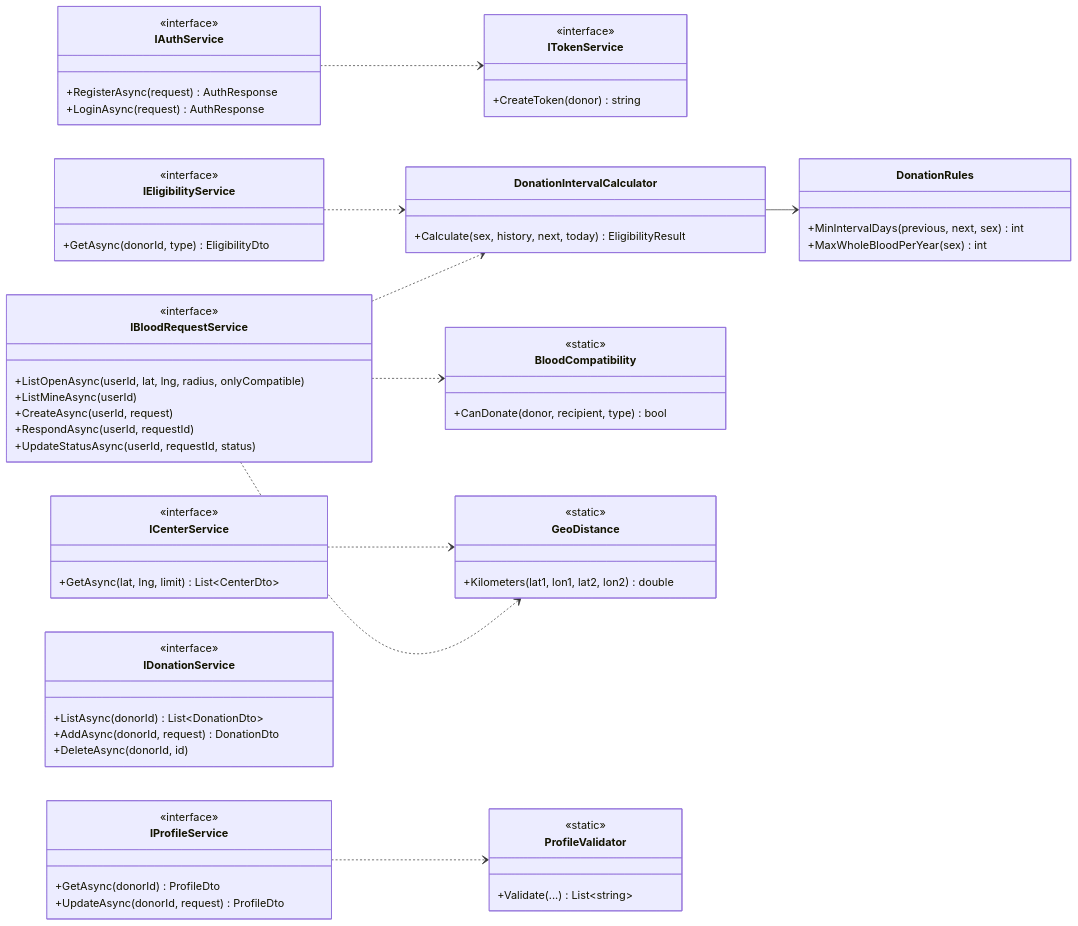
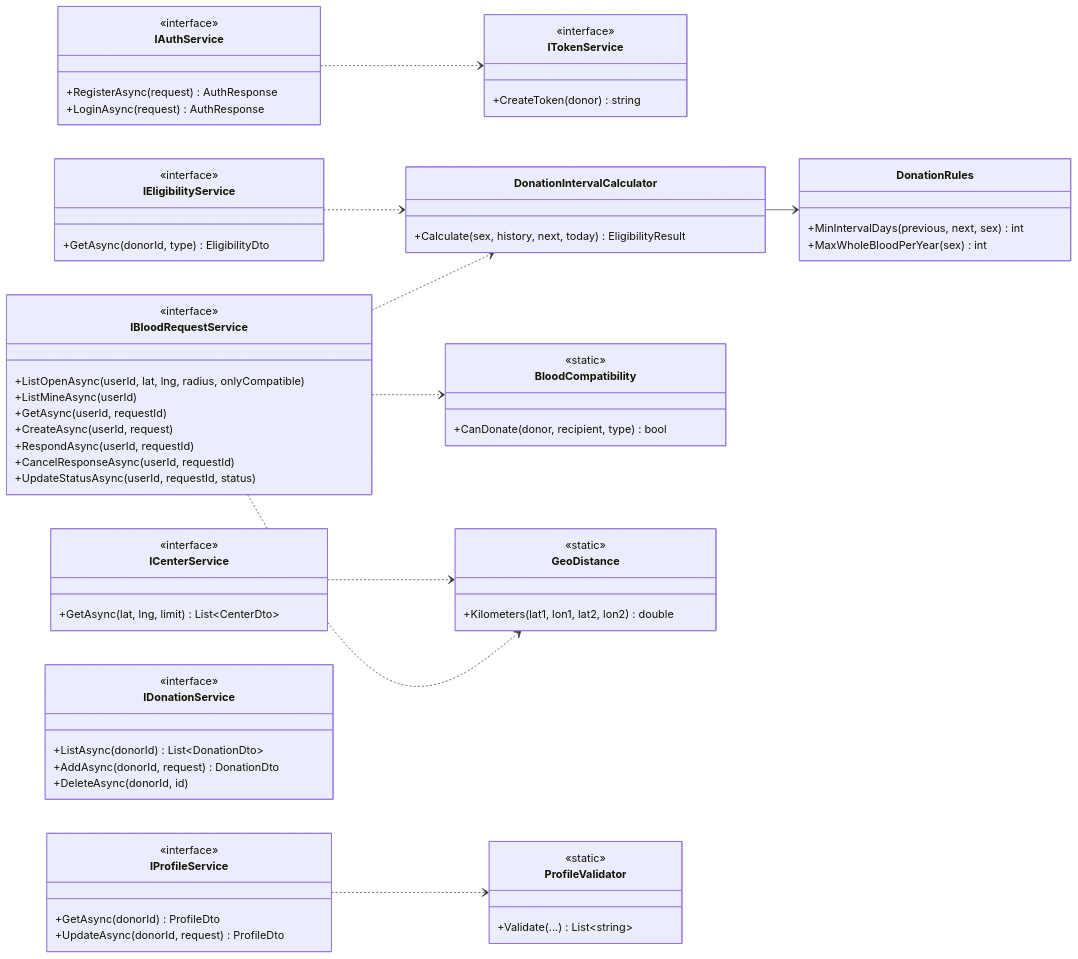
Before and after one commit to Chastuhinaa/BloodLink: the third of 6 diagrams in docs/uml.md, drawn with Mermaid. The commit also changed other lines of this file, not shown here.

Commit message:
UML: синхронізовано з кодом

````diff
--- a/docs/uml.md
+++ b/docs/uml.md
@@ -125,68 +128,70 @@
 ```mermaid
 classDiagram
     direction LR
 
     class IAuthService {
         <<interface>>
         +RegisterAsync(request) AuthResponse
         +LoginAsync(request) AuthResponse
     }
     class IProfileService {
         <<interface>>
         +GetAsync(donorId) ProfileDto
         +UpdateAsync(donorId, request) ProfileDto
     }
     class IEligibilityService {
         <<interface>>
         +GetAsync(donorId, type) EligibilityDto
     }
     class ICenterService {
         <<interface>>
         +GetAsync(lat, lng, limit) List~CenterDto~
     }
     class IDonationService {
         <<interface>>
         +ListAsync(donorId) List~DonationDto~
         +AddAsync(donorId, request) DonationDto
         +DeleteAsync(donorId, id)
     }
     class IBloodRequestService {
         <<interface>>
         +ListOpenAsync(userId, lat, lng, radius, onlyCompatible)
         +ListMineAsync(userId)
+        +GetAsync(userId, requestId)
         +CreateAsync(userId, request)
         +RespondAsync(userId, requestId)
+        +CancelResponseAsync(userId, requestId)
         +UpdateStatusAsync(userId, requestId, status)
     }
     class ITokenService {
         <<interface>>
         +CreateToken(donor) string
     }
     class DonationIntervalCalculator {
         +Calculate(sex, history, next, today) EligibilityResult
     }
     class DonationRules {
         +MinIntervalDays(previous, next, sex) int
         +MaxWholeBloodPerYear(sex) int
     }
     class BloodCompatibility {
         <<static>>
         +CanDonate(donor, recipient, type) bool
     }
     class GeoDistance {
         <<static>>
         +Kilometers(lat1, lon1, lat2, lon2) double
     }
     class ProfileValidator {
         <<static>>
         +Validate(...) List~string~
     }
     IAuthService ..> ITokenService
     IProfileService ..> ProfileValidator
     IEligibilityService ..> DonationIntervalCalculator
     ICenterService ..> GeoDistance
     IBloodRequestService ..> BloodCompatibility
     IBloodRequestService ..> DonationIntervalCalculator
     IBloodRequestService ..> GeoDistance
     DonationIntervalCalculator --> DonationRules
 ```
````
